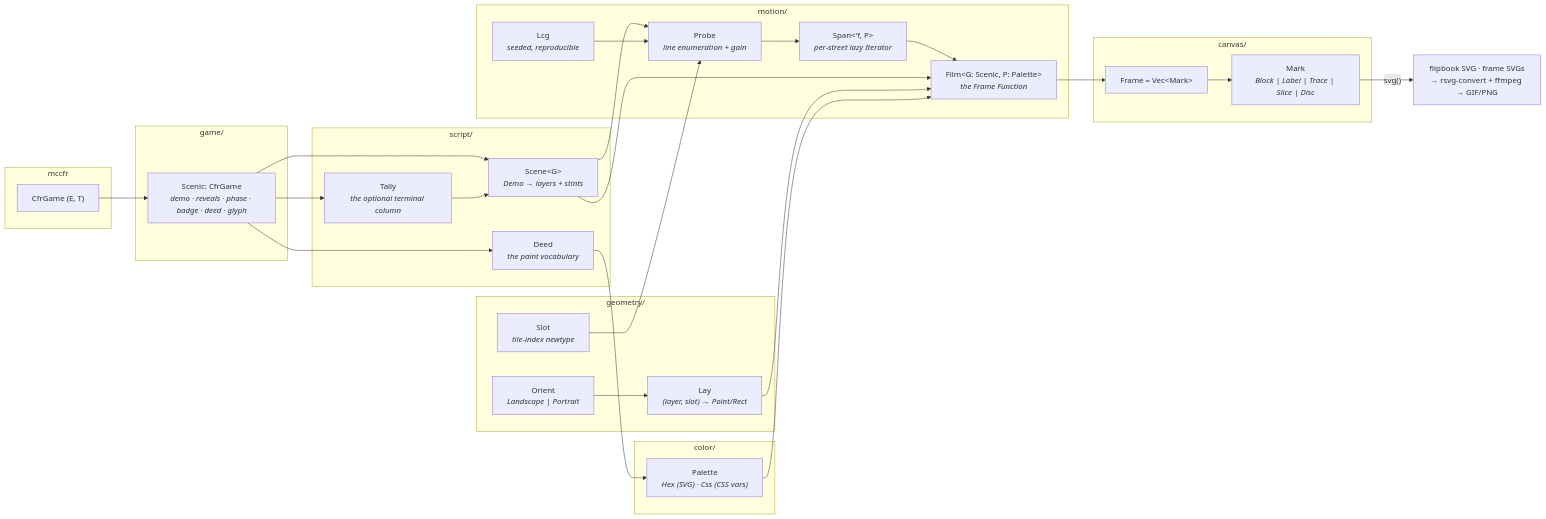
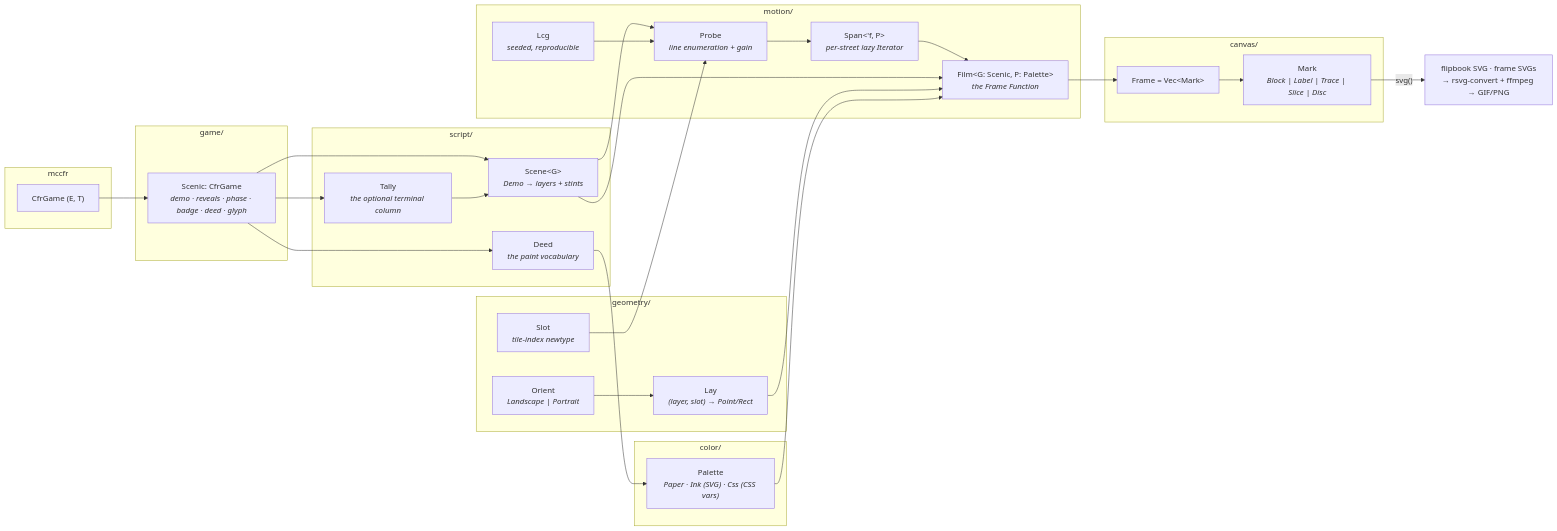
One commit to krukah/robopoker changed the diagram in crates/reel/README.md. Above: the diagram before and after it, drawn with Mermaid. The commit also changed other lines of this file and 40 other files, not shown here.

First line of the commit message:
docs: refilm every README figure in the site's paper and ink looks

````diff
--- a/crates/reel/README.md
+++ b/crates/reel/README.md
@@ -10,48 +11,48 @@
 ```mermaid
 flowchart LR
   subgraph mccfr
     game["CfrGame (E, T)"]
   end
   subgraph gamedir ["game/"]
     scenic["Scenic: CfrGame<br/><i>demo · reveals · phase · badge · deed · glyph</i>"]
   end
   subgraph script ["script/"]
     scene["Scene&lt;G&gt;<br/><i>Demo → layers + stints</i>"]
     deed["Deed<br/><i>the paint vocabulary</i>"]
     tally["Tally<br/><i>the optional terminal column</i>"]
   end
   subgraph geometry ["geometry/"]
     slot["Slot<br/><i>tile-index newtype</i>"]
     orient["Orient<br/><i>Landscape | Portrait</i>"]
     lay["Lay<br/><i>(layer, slot) → Point/Rect</i>"]
   end
   subgraph motion ["motion/"]
     lcg["Lcg<br/><i>seeded, reproducible</i>"]
     probe["Probe<br/><i>line enumeration + gain</i>"]
     film["Film&lt;G: Scenic, P: Palette&gt;<br/><i>the Frame Function</i>"]
     span["Span&lt;'f, P&gt;<br/><i>per-street lazy Iterator</i>"]
   end
   subgraph canvas ["canvas/"]
     frame["Frame = Vec&lt;Mark&gt;"]
     mark["Mark<br/><i>Block | Label | Trace | Slice | Disc</i>"]
   end
   subgraph color ["color/"]
-    paint["Palette<br/><i>Hex (SVG) · Css (CSS vars)</i>"]
+    paint["Palette<br/><i>Paper · Ink (SVG) · Css (CSS vars)</i>"]
   end
   game --> scenic
   scenic --> scene
   scenic --> tally --> scene
   scenic --> deed --> paint
   scene --> probe
   lcg --> probe
   slot --> probe
   probe --> span
   span --> film
   scene --> film
   orient --> lay
   lay --> film
   paint --> film
   film --> frame
   frame --> mark
   mark -->|"svg()"| out["flipbook SVG · frame SVGs<br/>→ rsvg-convert + ffmpeg → GIF/PNG"]
 ```
````
